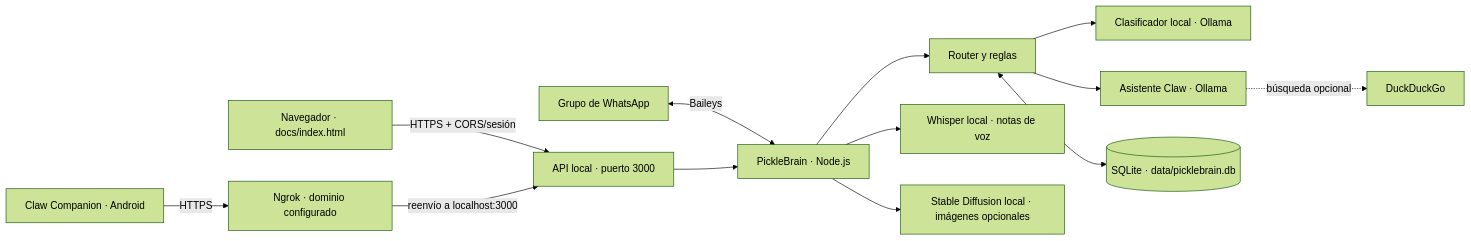
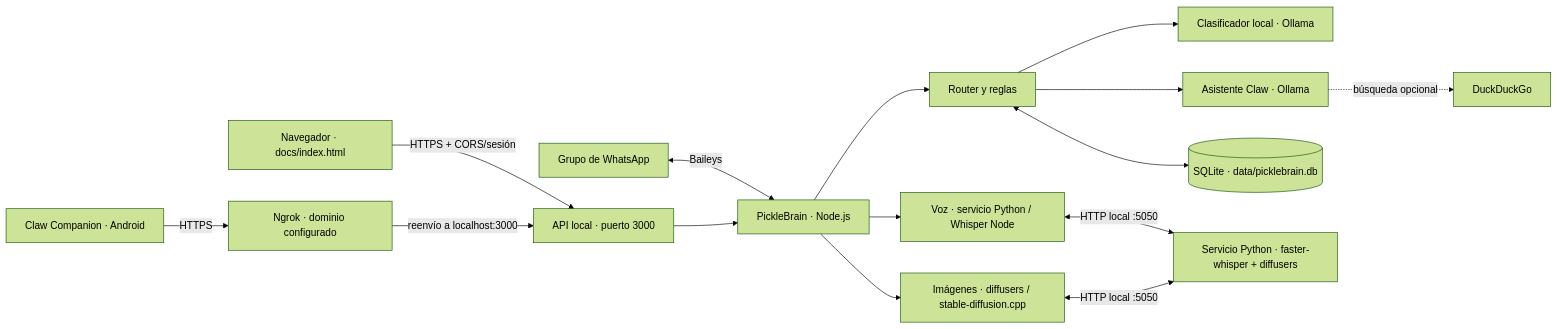
The diagram in docs/arquitectura.md (ClawProject/El-Repositorio-de-Claw), drawn with Mermaid (forest theme) before and after one commit. The commit also changed other lines of this file and 16 other files, not shown here.

First line of the commit message:
feat: servicio Python para voz e imágenes

````diff
--- a/docs/arquitectura.md
+++ b/docs/arquitectura.md
@@ -10,15 +10,17 @@
 ```mermaid
 flowchart LR
   WA[Grupo de WhatsApp] <-->|Baileys| BOT[PickleBrain · Node.js]
   WEB[Navegador · docs/index.html] -->|HTTPS + CORS/sesión| API[API local · puerto 3000]
   APP[Claw Companion · Android] -->|HTTPS| NG[Ngrok · dominio configurado]
   NG -->|reenvío a localhost:3000| API
   API --> BOT
   BOT --> ROUTER[Router y reglas]
   ROUTER --> BRAIN[Clasificador local · Ollama]
   ROUTER --> CLAW[Asistente Claw · Ollama]
   ROUTER <--> DB[(SQLite · data/picklebrain.db)]
-  BOT --> VOICE[Whisper local · notas de voz]
-  BOT --> IMG[Stable Diffusion local · imágenes opcionales]
+  BOT --> VOICE[Voz · servicio Python / Whisper Node]
+  BOT --> IMG[Imágenes · diffusers / stable-diffusion.cpp]
+  VOICE <-->|HTTP local :5050| PY[Servicio Python · faster-whisper + diffusers]
+  IMG <-->|HTTP local :5050| PY
   CLAW -. búsqueda opcional .-> DDG[DuckDuckGo]
 ```
````
